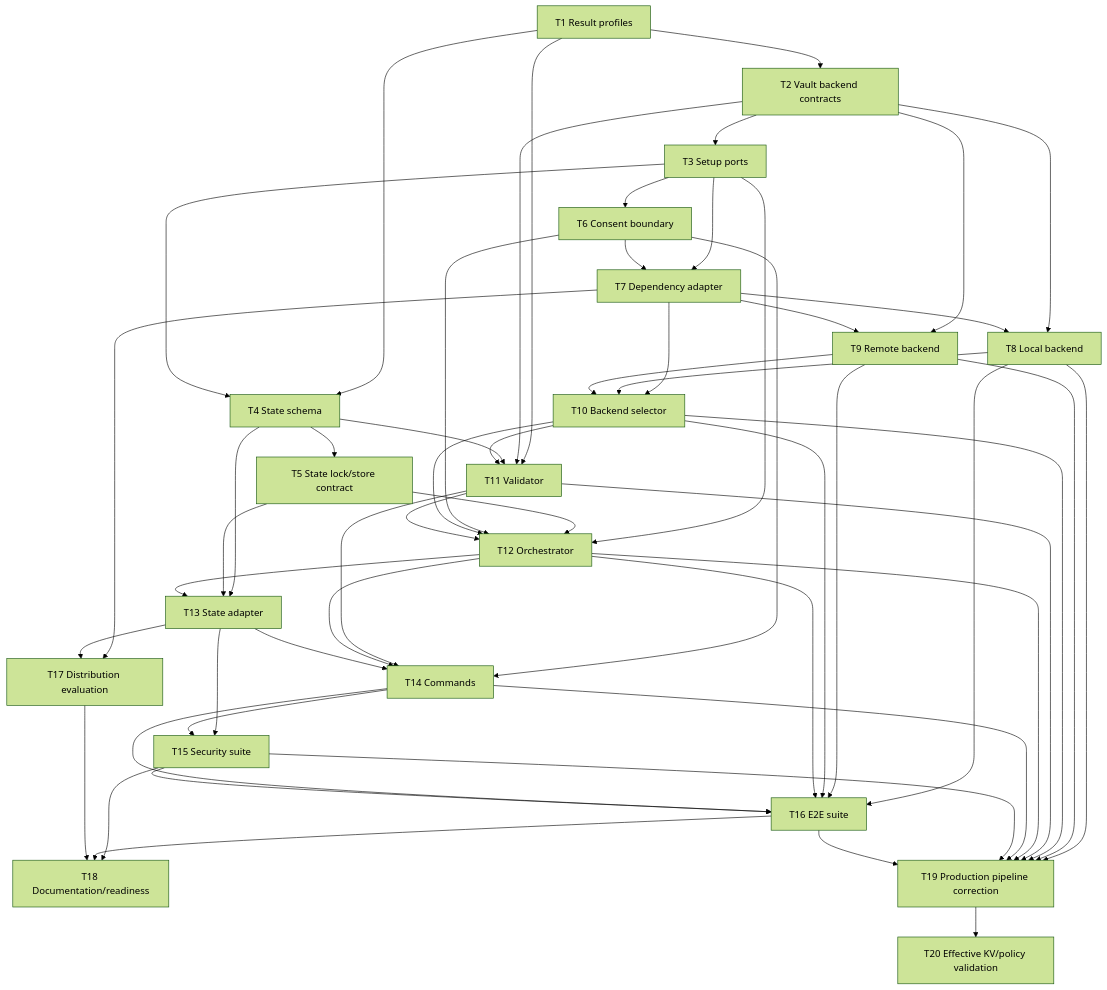
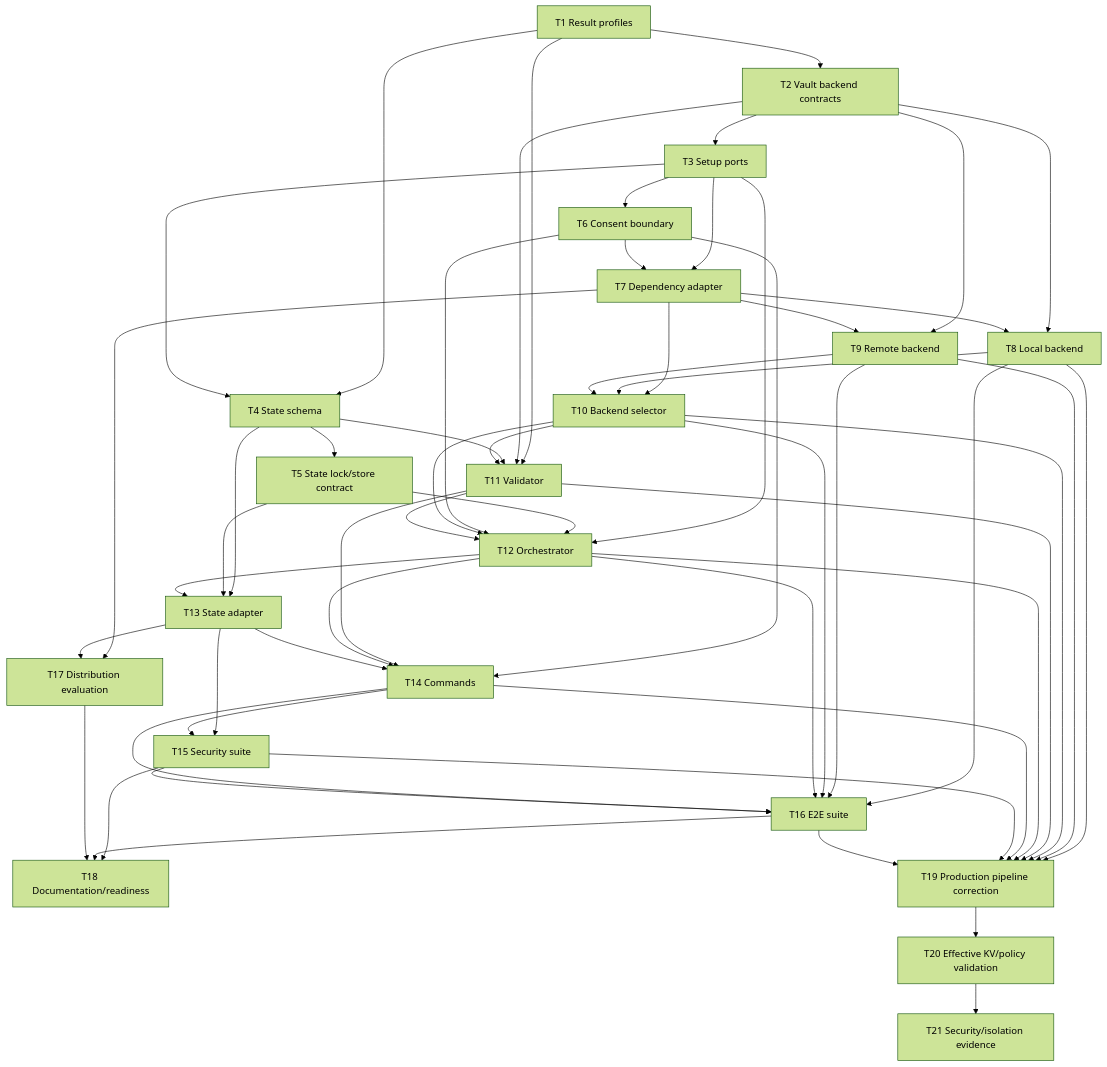
Before and after one commit to fean-developer/devvault: the diagram in .specs/features/devvault-setup/tasks.md, drawn with Mermaid (forest theme). The commit also changed other lines of this file and 15 other files, not shown here.

Commit message:
test(setup): close security and isolation evidence

````diff
--- a/.specs/features/devvault-setup/tasks.md
+++ b/.specs/features/devvault-setup/tasks.md
@@ -529,56 +550,57 @@
 ```mermaid
 flowchart TD
     T1[T1 Result profiles] --> T2[T2 Vault backend contracts]
     T2 --> T3[T3 Setup ports]
     T1 --> T4[T4 State schema]
     T3 --> T4
     T4 --> T5[T5 State lock/store contract]
     T3 --> T6[T6 Consent boundary]
     T3 --> T7[T7 Dependency adapter]
     T6 --> T7
     T2 --> T8[T8 Local backend]
     T7 --> T8
     T2 --> T9[T9 Remote backend]
     T7 --> T9
     T7 --> T10[T10 Backend selector]
     T8 --> T10
     T9 --> T10
     T1 --> T11[T11 Validator]
     T2 --> T11
     T4 --> T11
     T10 --> T11
     T3 --> T12[T12 Orchestrator]
     T5 --> T12
     T6 --> T12
     T10 --> T12
     T11 --> T12
     T4 --> T13[T13 State adapter]
     T5 --> T13
     T12 --> T13
     T6 --> T14[T14 Commands]
     T11 --> T14
     T12 --> T14
     T13 --> T14
     T13 --> T15[T15 Security suite]
     T14 --> T15
     T8 --> T16[T16 E2E suite]
     T9 --> T16
     T10 --> T16
     T12 --> T16
     T14 --> T16
     T15 --> T16
     T7 --> T17[T17 Distribution evaluation]
     T13 --> T17
     T15 --> T18[T18 Documentation/readiness]
     T16 --> T18
     T17 --> T18
     T8 --> T19[T19 Production pipeline correction]
     T9 --> T19
     T10 --> T19
     T11 --> T19
     T12 --> T19
     T14 --> T19
     T15 --> T19
     T16 --> T19
     T19 --> T20[T20 Effective KV/policy validation]
+    T20 --> T21[T21 Security/isolation evidence]
 ```
````
